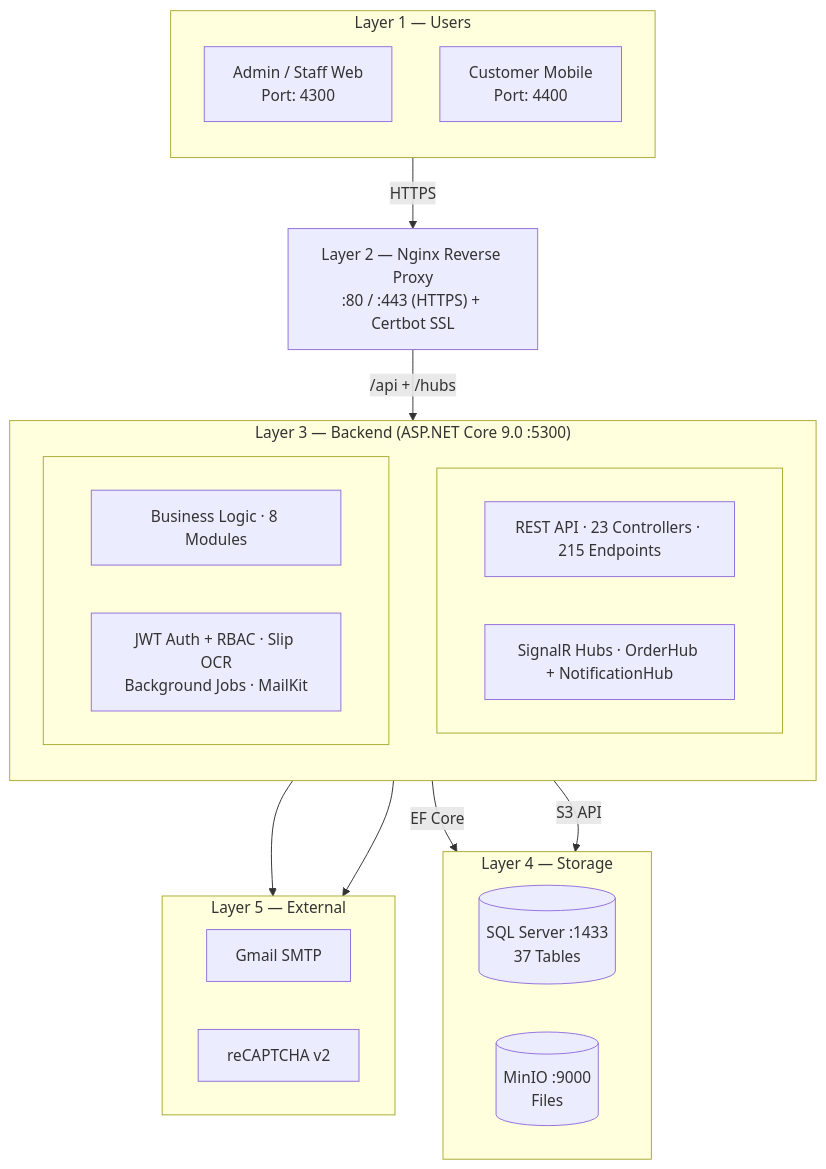
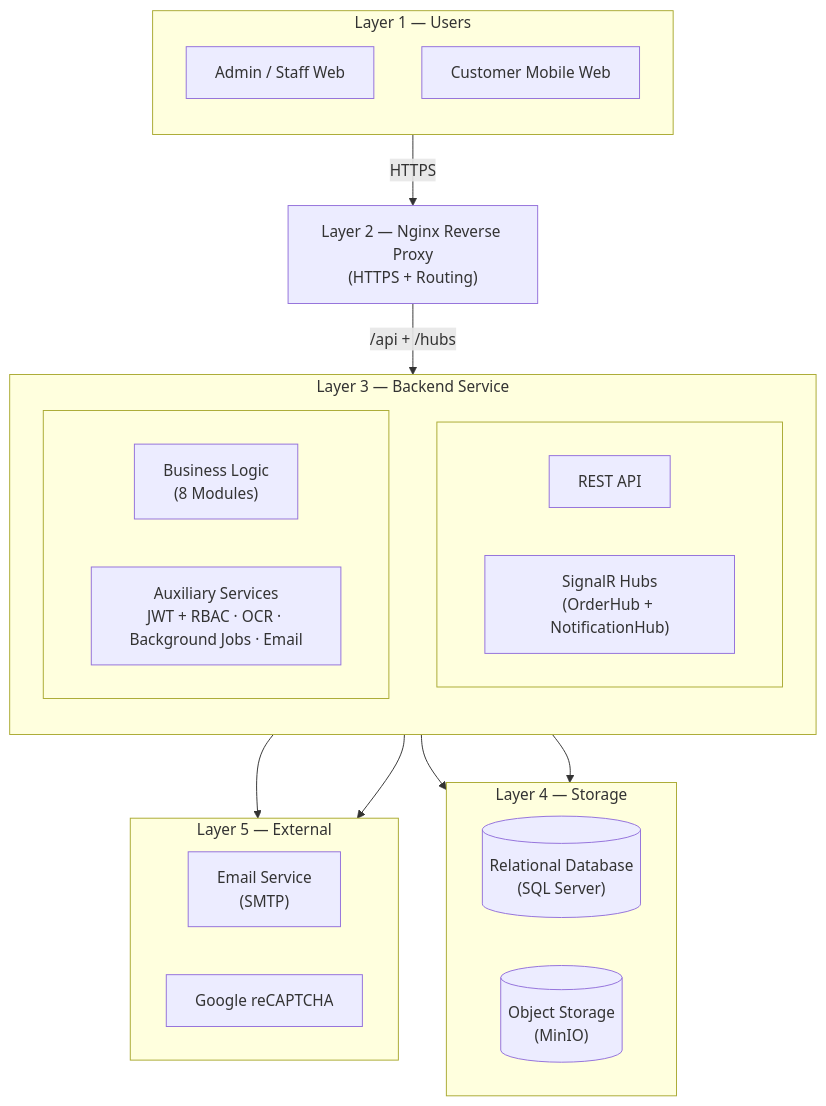
Before and after one commit to TurkPhakim/RBMS-POS-Website: the first of 20 diagrams in doc/report/05-chapter-3-design.md, drawn with Mermaid. The commit also changed other lines of this file and 18 other files, not shown here.

````diff
--- a/doc/report/05-chapter-3-design.md
+++ b/doc/report/05-chapter-3-design.md
@@ -13,43 +13,43 @@
 ```mermaid
 graph TB
     subgraph L1["Layer 1 — Users"]
         direction TB
-        Admin["Admin / Staff Web<br/>Port: 4300"]
-        Customer["Customer Mobile<br/>Port: 4400"]
+        Admin["Admin / Staff Web"]
+        Customer["Customer Mobile Web"]
     end
 
-    Nginx["Layer 2 — Nginx Reverse Proxy<br/>:80 / :443 (HTTPS) + Certbot SSL"]
+    Nginx["Layer 2 — Nginx Reverse Proxy<br/>(HTTPS + Routing)"]
 
-    subgraph L3["Layer 3 — Backend (ASP.NET Core 9.0 :5300)"]
+    subgraph L3["Layer 3 — Backend Service"]
         direction TB
         subgraph L3Row1[" "]
             direction LR
-            API["REST API · 23 Controllers · 215 Endpoints"]
-            Hubs["SignalR Hubs · OrderHub + NotificationHub"]
+            API["REST API"]
+            Hubs["SignalR Hubs<br/>(OrderHub + NotificationHub)"]
         end
         subgraph L3Row2[" "]
             direction LR
-            Biz["Business Logic · 8 Modules"]
-            Aux["JWT Auth + RBAC · Slip OCR<br/>Background Jobs · MailKit"]
+            Biz["Business Logic<br/>(8 Modules)"]
+            Aux["Auxiliary Services<br/>JWT + RBAC · OCR · Background Jobs · Email"]
         end
     end
 
     subgraph L4["Layer 4 — Storage"]
         direction LR
-        SQL[("SQL Server :1433<br/>37 Tables")]
-        MinIO[("MinIO :9000<br/>Files")]
+        SQL[("Relational Database<br/>(SQL Server)")]
+        MinIO[("Object Storage<br/>(MinIO)")]
     end
 
     subgraph L5["Layer 5 — External"]
         direction LR
-        Gmail["Gmail SMTP"]
-        ReCaptcha["reCAPTCHA v2"]
+        Gmail["Email Service<br/>(SMTP)"]
+        ReCaptcha["Google reCAPTCHA"]
     end
 
     L1 -->|HTTPS| Nginx
     Nginx -->|/api + /hubs| L3
-    L3 -->|EF Core| SQL
-    L3 -->|S3 API| MinIO
+    L3 --> SQL
+    L3 --> MinIO
     L3 --> Gmail
     L3 --> ReCaptcha
 ```
````
